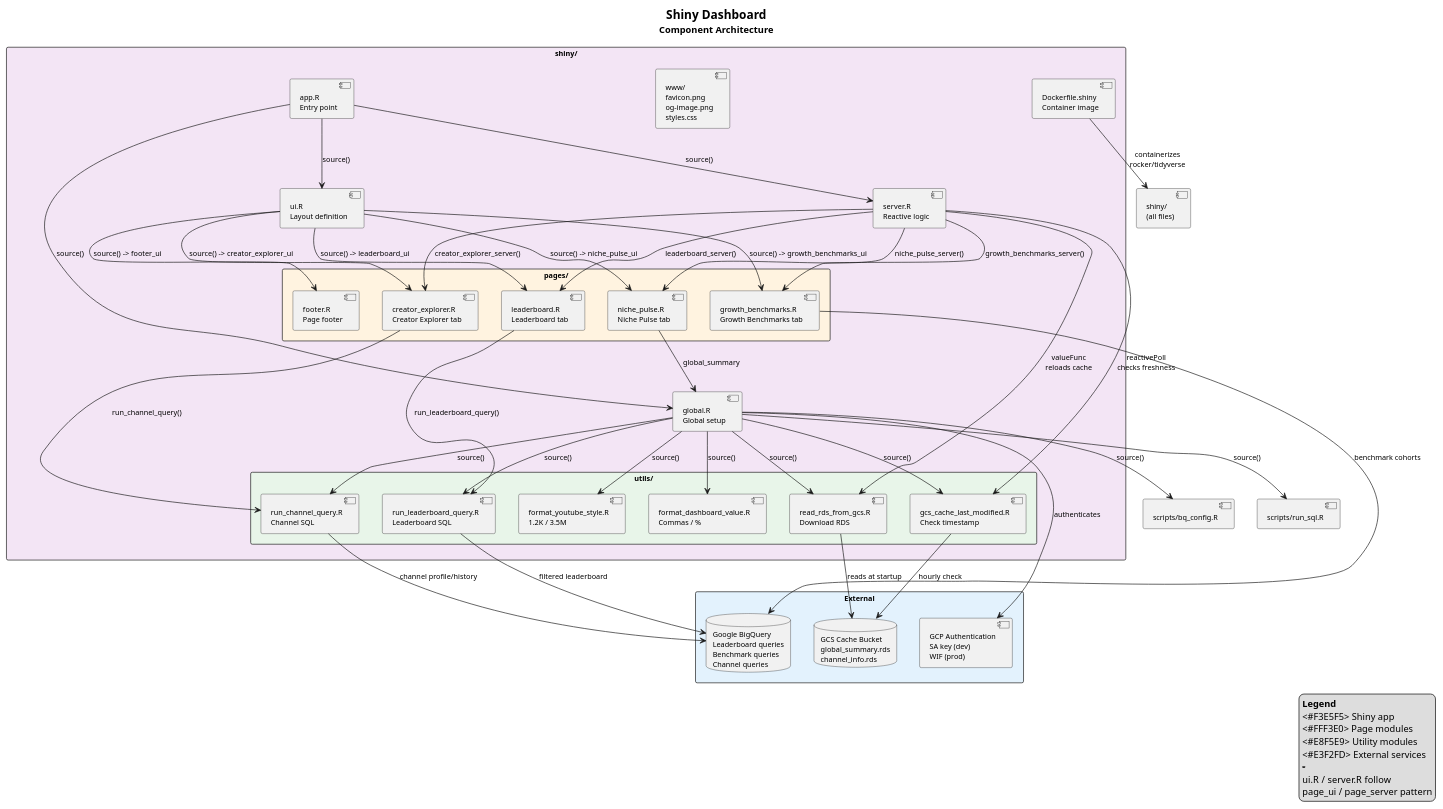
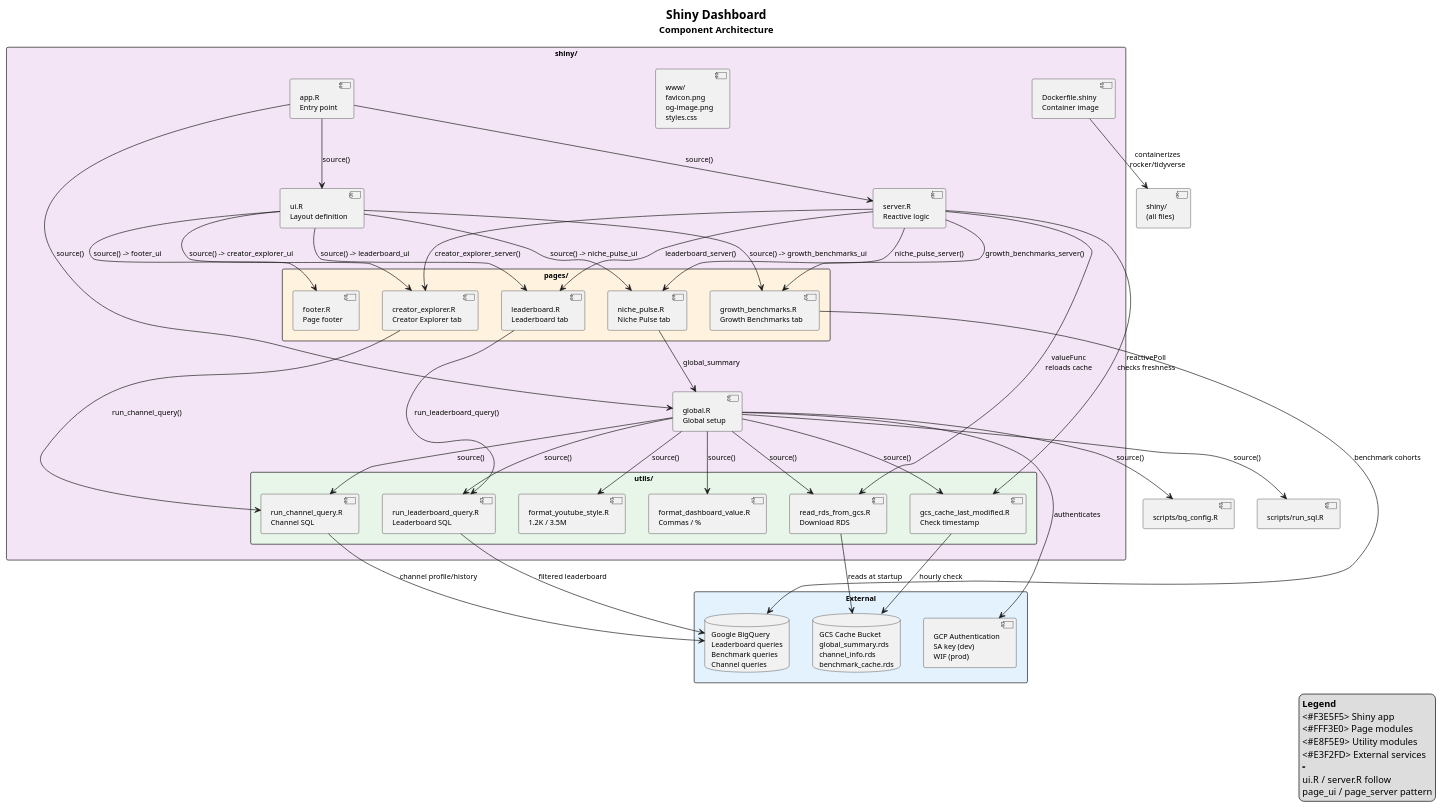
One commit to SimonLiles/sailing_channel_dashboard changed the diagram in docs/shiny_components.puml. Above: the diagram before and after it, drawn with PlantUML. The commit also changed 2 other files, not shown here.

Commit message:
Extend docs: marts/apps, CI updates, benchmark cache
Update README and docs to reflect expanded data model and deployment details: bump curated channels to 1,200+, add Apps layer to the Medallion Architecture, and introduce multiple mart tables (mart_channel_metrics, mart_channel_metrics_values, mart_channel_cohorts, mart_channel_rankings) plus related app artifacts (channel_lookup, global_summary, leaderboard). Expand the mermaid data flow and ER diagrams to include RAW → STAGING → MARTS → APPS, staging views, and new relationships/partitions. Clarify CI/CD workflow with a mermaid diagram and an explicit job table describing test, build-etl, build-shiny, migrate and deploy steps. Add benchmark_cache.rds to the GCS cache references in Shiny component diagrams (both .mmd and .puml). Minor doc formatting and local setup heading tweak.

```diff
--- a/docs/shiny_components.puml
+++ b/docs/shiny_components.puml
@@ -1,103 +1,103 @@
 @startuml component
 
 skinparam shadowing false
 skinparam packageStyle rectangle
 skinparam defaultFontSize 11
 
 title <size:18><b>Shiny Dashboard</b></size>\nComponent Architecture
 
 package "shiny/" #F3E5F5 {
   component App as "app.R\nEntry point"
   component Global as "global.R\nGlobal setup"
   component UI as "ui.R\nLayout definition"
   component Server as "server.R\nReactive logic"
 
   package "pages/" #FFF3E0 {
     component NP as "niche_pulse.R\nNiche Pulse tab"
     component CE as "creator_explorer.R\nCreator Explorer tab"
     component LB as "leaderboard.R\nLeaderboard tab"
     component GB as "growth_benchmarks.R\nGrowth Benchmarks tab"
     component Footer as "footer.R\nPage footer"
   }
 
   package "utils/" #E8F5E9 {
     component FYS as "format_youtube_style.R\n1.2K / 3.5M"
     component FDV as "format_dashboard_value.R\nCommas / %"
     component RRG as "read_rds_from_gcs.R\nDownload RDS"
     component GCLM as "gcs_cache_last_modified.R\nCheck timestamp"
     component RCQ as "run_channel_query.R\nChannel SQL"
     component RLQ as "run_leaderboard_query.R\nLeaderboard SQL"
   }
 
   component WWW as "www/\nfavicon.png\nog-image.png\nstyles.css"
 
   component Df as "Dockerfile.shiny\nContainer image"
 }
 
 package "External" #E3F2FD {
-  database GCS as "GCS Cache Bucket\nglobal_summary.rds\nchannel_info.rds"
+  database GCS as "GCS Cache Bucket\nglobal_summary.rds\nchannel_info.rds\nbenchmark_cache.rds"
   database BQ as "Google BigQuery\nLeaderboard queries\nBenchmark queries\nChannel queries"
   component Auth as "GCP Authentication\nSA key (dev)\nWIF (prod)"
 }
 
 ' === External script references ===
 component SCRIPT_BQ as "scripts/bq_config.R"
 component SCRIPT_RS as "scripts/run_sql.R"
 component SHINY_ALL as "shiny/\n(all files)"
 
 ' === app.R flow ===
 App -down-> Global : "source()"
 App -down-> UI : "source()"
 App -down-> Server : "source()"
 
 ' === global.R ===
 Global -down-> SCRIPT_BQ : "source()"
 Global -down-> SCRIPT_RS : "source()"
 Global -down-> RRG : "source()"
 Global -down-> FYS : "source()"
 Global -down-> FDV : "source()"
 Global -down-> GCLM : "source()"
 Global -down-> RCQ : "source()"
 Global -down-> RLQ : "source()"
 Global -down-> Auth : "authenticates"
 RRG -down-> GCS : "reads at startup"
 
 ' === ui.R ===
 UI -down-> NP : "source() -> niche_pulse_ui"
 UI -down-> CE : "source() -> creator_explorer_ui"
 UI -down-> LB : "source() -> leaderboard_ui"
 UI -down-> GB : "source() -> growth_benchmarks_ui"
 UI -down-> Footer : "source() -> footer_ui"
 
 ' === server.R ===
 Server -down-> GCLM : "reactivePoll\nchecks freshness"
 GCLM -down-> GCS : "hourly check"
 Server -down-> RRG : "valueFunc\nreloads cache"
 Server -down-> NP : "niche_pulse_server()"
 Server -down-> CE : "creator_explorer_server()"
 Server -down-> LB : "leaderboard_server()"
 Server -down-> GB : "growth_benchmarks_server()"
 
 ' === Page data sources ===
 NP -down-> Global : "global_summary"
 CE -down-> RCQ : "run_channel_query()"
 RCQ -down-> BQ : "channel profile/history"
 LB -down-> RLQ : "run_leaderboard_query()"
 RLQ -down-> BQ : "filtered leaderboard"
 GB -down-> BQ : "benchmark cohorts"
 
 ' === Docker ===
 Df -down-> SHINY_ALL : "containerizes\nrocker/tidyverse"
 
 legend right
   <b>Legend</b>
   <#F3E5F5> Shiny app
   <#FFF3E0> Page modules
   <#E8F5E9> Utility modules
   <#E3F2FD> External services
   -----
   ui.R / server.R follow
   page_ui / page_server pattern
 endlegend
 
 @enduml
```
